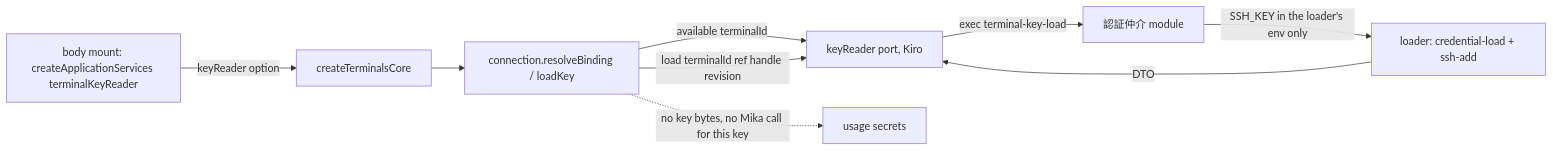
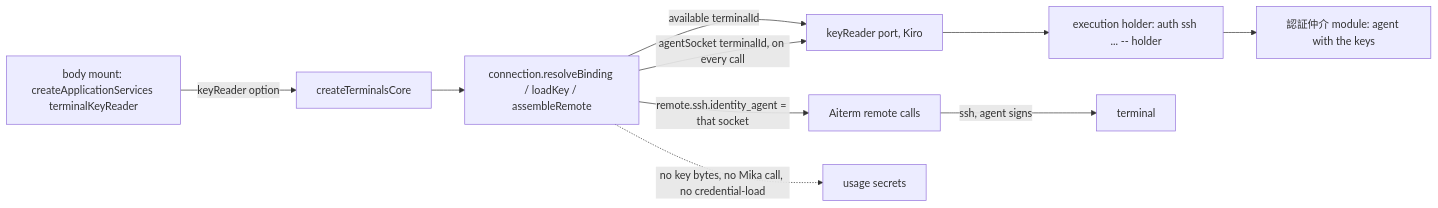
One commit to kitepon/BellTeam changed diagram 13 of 13 in docs/architecture/modules/terminals/README.md. Above: the diagram before and after it, drawn with Mermaid. The commit also changed other lines of this file and 3 other files, not shown here.

Commit message:
terminals: an owned terminal's key comes from the module ssh agent through keyReader (available + agentSocket), loadKey is a no-op

````diff
--- a/docs/architecture/modules/terminals/README.md
+++ b/docs/architecture/modules/terminals/README.md
@@ -637,11 +637,12 @@
 ```mermaid
 flowchart LR
   Body[body mount: createApplicationServices terminalKeyReader] -->|keyReader option| Core[createTerminalsCore]
-  Core --> Conn[connection.resolveBinding / loadKey]
+  Core --> Conn[connection.resolveBinding / loadKey / assembleRemote]
   Conn -->|available terminalId| Reader[keyReader port, Kiro]
-  Conn -->|load terminalId ref handle revision| Reader
-  Reader -->|exec terminal-key-load| Mod[認証仲介 module]
-  Mod -->|SSH_KEY in the loader's env only| Loader[loader: credential-load + ssh-add]
-  Loader -->|DTO| Reader
-  Conn -.->|no key bytes, no Mika call for this key| Mika[usage secrets]
+  Conn -->|agentSocket terminalId, on every call| Reader
+  Reader --> Holder[execution holder: auth ssh ... -- holder]
+  Holder --> Mod[認証仲介 module: agent with the keys]
+  Conn -->|remote.ssh.identity_agent = that socket| Aiterm[Aiterm remote calls]
+  Aiterm -->|ssh, agent signs| Term[terminal]
+  Conn -.->|no key bytes, no Mika call, no credential-load| Mika[usage secrets]
 ```
````
